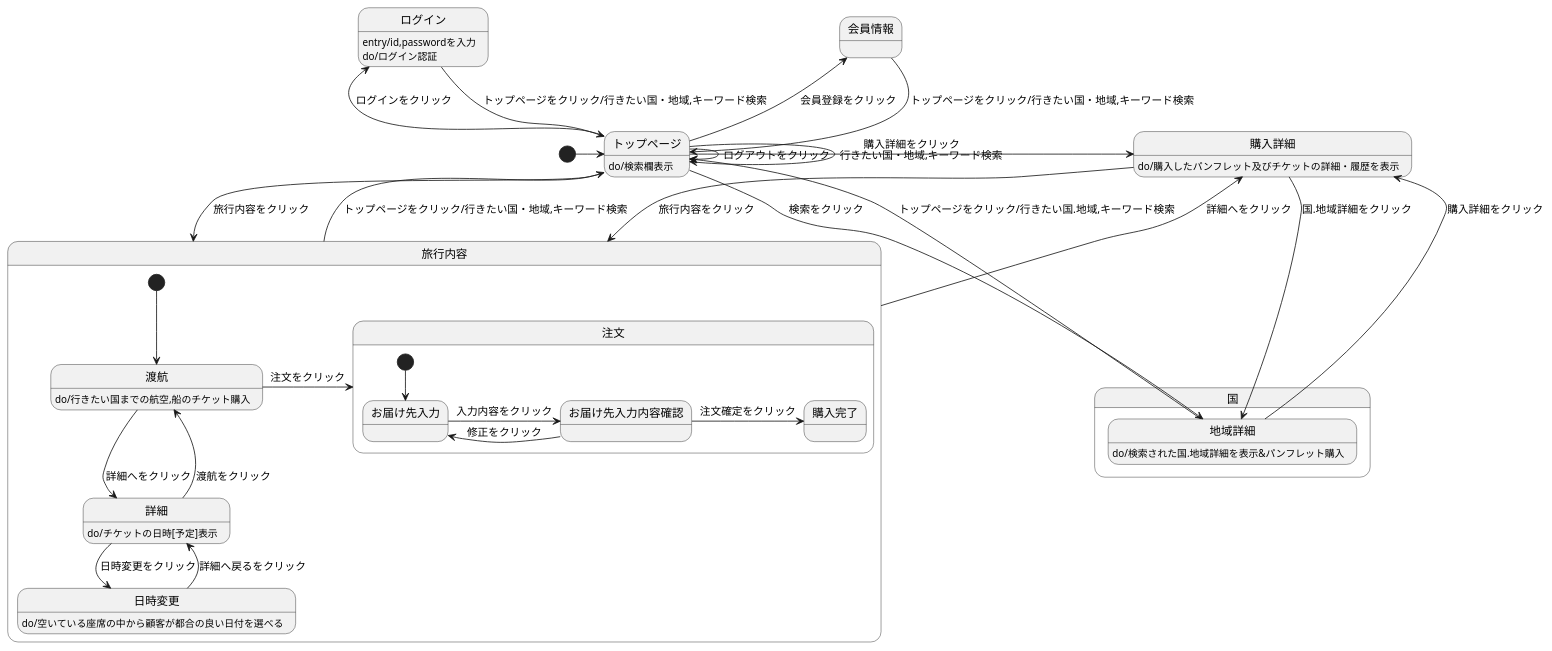
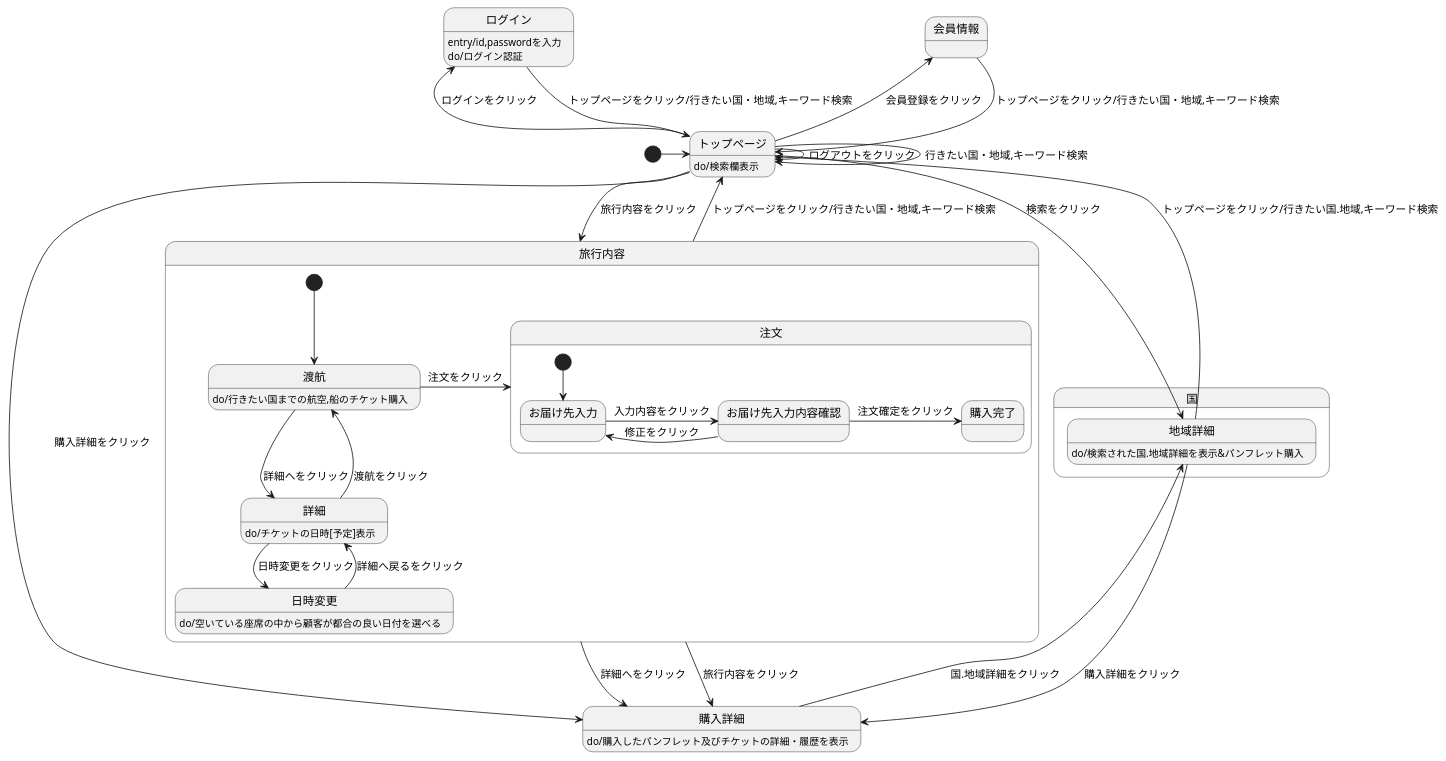
One commit to Aso2001195/2021sys-design changed the diagram in kadai8.md. Above: the diagram before and after it, drawn with PlantUML.

````diff
--- a/kadai8.md
+++ b/kadai8.md
@@ -1,43 +1,43 @@
 ```uml
 @startuml
 [*] -> トップページ
 会員情報 --> トップページ :トップページをクリック/行きたい国・地域,キーワード検索
 ログイン --> トップページ :トップページをクリック/行きたい国・地域,キーワード検索
 ログイン :entry/id,passwordを入力
 ログイン :do/ログイン認証
 トップページ -> トップページ :ログアウトをクリック
 トップページ -> トップページ :行きたい国・地域,キーワード検索
 国.地域詳細 -->トップページ :トップページをクリック/行きたい国.地域,キーワード検索
 国.地域詳細 :do/検索された国.地域詳細を表示&パンフレット購入
 トップページ --> 国.地域詳細 :検索をクリック
 トップページ -> 購入詳細 :購入詳細をクリック
 トップページ -left-> 会員情報 :会員登録をクリック
 トップページ -left-> ログイン :ログインをクリック
 トップページ -> 旅行内容 :旅行内容をクリック
 トップページ : do/検索欄表示
 旅行内容 -up-> トップページ :トップページをクリック/行きたい国・地域,キーワード検索
 旅行内容 ->購入詳細 :詳細へをクリック
 購入詳細 :do/購入したパンフレット及びチケットの詳細・履歴を表示
 国.地域詳細 --> 購入詳細 :購入詳細をクリック
 購入詳細 --> 国.地域詳細 :国.地域詳細をクリック
-購入詳細 --> 旅行内容 :旅行内容をクリック
+旅行内容 --> 購入詳細 :旅行内容をクリック
 
 state 旅行内容{
 [*] --> 渡航
 渡航 -> 注文 :注文をクリック
 渡航 :do/行きたい国までの航空,船のチケット購入
 渡航 -> 詳細 :詳細へをクリック
 詳細 :do/チケットの日時[予定]表示
 詳細--> 日時変更 :日時変更をクリック
 日時変更 :do/空いている座席の中から顧客が都合の良い日付を選べる
 日時変更 --> 詳細 :詳細へ戻るをクリック
 詳細--> 渡航 :渡航をクリック
 state 注文{
  [*] --> お届け先入力
  お届け先入力 -> お届け先入力内容確認 :入力内容をクリック
  お届け先入力内容確認 -> お届け先入力 :修正をクリック
  お届け先入力内容確認 -> 購入完了 :注文確定をクリック
  }
 }
 @enduml
 ```
````
